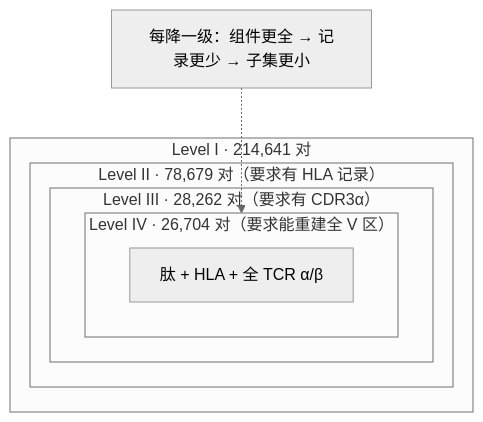
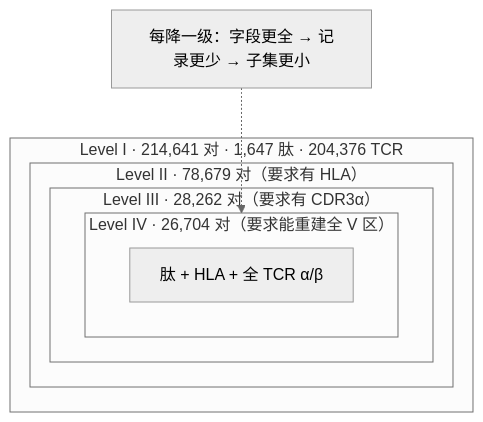
The first of 2 diagrams in 汇报/Machine learning dataset and benchmark for accurate T cell receptor–pHLA binding prediction/Hi-TPH_TCR-pHLA_xray.md (Doerrrr/paper), drawn with Mermaid (neutral theme) before and after one commit. The commit also changed other lines of this file and 5 other files, not shown here.

````diff
--- a/汇报/Machine learning dataset and benchmark for accurate T cell receptor–pHLA binding prediction/Hi-TPH_TCR-pHLA_xray.md
+++ b/汇报/Machine learning dataset and benchmark for accurate T cell receptor–pHLA binding prediction/Hi-TPH_TCR-pHLA_xray.md
@@ -131,13 +314,13 @@
 ```mermaid
 flowchart TD
-    subgraph L1["Level I · 214,641 对"]
-        subgraph L2["Level II · 78,679 对（要求有 HLA 记录）"]
+    subgraph L1["Level I · 214,641 对 · 1,647 肽 · 204,376 TCR"]
+        subgraph L2["Level II · 78,679 对（要求有 HLA）"]
             subgraph L3["Level III · 28,262 对（要求有 CDR3α）"]
                 subgraph L4["Level IV · 26,704 对（要求能重建全 V 区）"]
                     X["肽 + HLA + 全 TCR α/β"]
                 end
             end
         end
     end
-    A["每降一级：组件更全 → 记录更少 → 子集更小"] -.-> L4
+    A["每降一级：字段更全 → 记录更少 → 子集更小"] -.-> L4
 ```
````
